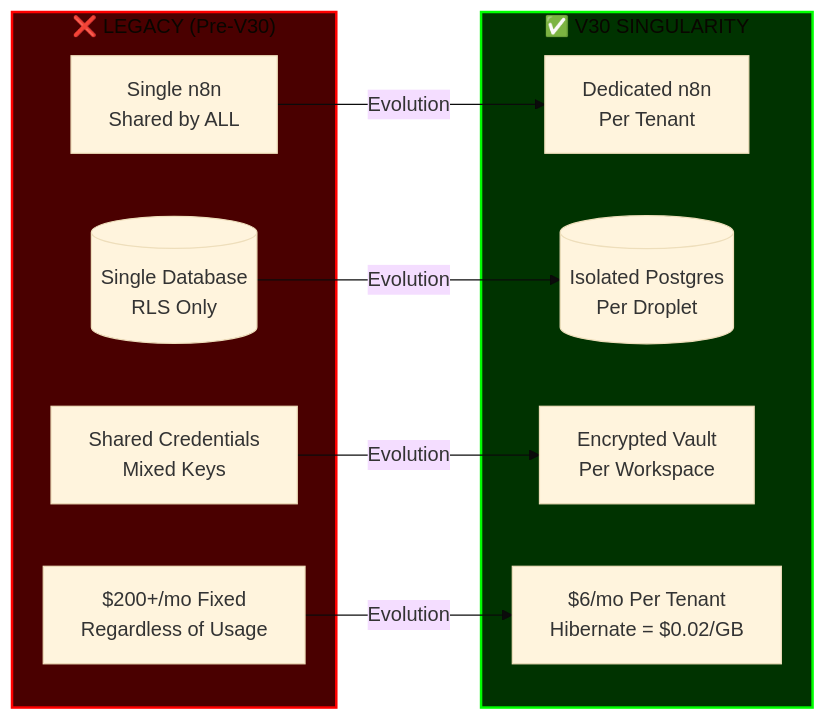
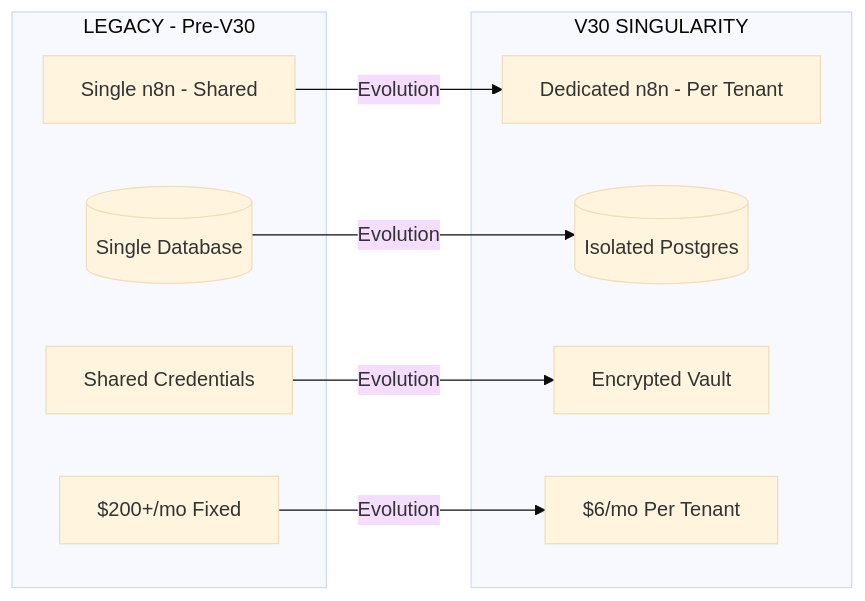
Before and after one commit to nishchith-m10/cold-email-dashboard: the third of 13 diagrams in docs/plans/Genesis_Architecture.md, drawn with Mermaid (base theme). The commit also changed other lines of this file, not shown here.

First line of the commit message:
fix: Remove emojis from Mermaid.js diagrams for compatibility

````diff
--- a/docs/plans/Genesis_Architecture.md
+++ b/docs/plans/Genesis_Architecture.md
@@ -354,24 +345,21 @@
 ```mermaid
 graph LR
-    subgraph LEGACY["❌ LEGACY (Pre-V30)"]
-        L_N8N[Single n8n<br/>Shared by ALL]
-        L_DB[(Single Database<br/>RLS Only)]
-        L_CREDS[Shared Credentials<br/>Mixed Keys]
-        L_COST[$200+/mo Fixed<br/>Regardless of Usage]
+    subgraph LEGACY["LEGACY - Pre-V30"]
+        L_N8N[Single n8n - Shared]
+        L_DB[(Single Database)]
+        L_CREDS[Shared Credentials]
+        L_COST[$200+/mo Fixed]
     end
 
-    subgraph V30["✅ V30 SINGULARITY"]
-        V_N8N[Dedicated n8n<br/>Per Tenant]
-        V_DB[(Isolated Postgres<br/>Per Droplet)]
-        V_CREDS[Encrypted Vault<br/>Per Workspace]
-        V_COST[$6/mo Per Tenant<br/>Hibernate = $0.02/GB]
+    subgraph V30["V30 SINGULARITY"]
+        V_N8N[Dedicated n8n - Per Tenant]
+        V_DB[(Isolated Postgres)]
+        V_CREDS[Encrypted Vault]
+        V_COST[$6/mo Per Tenant]
     end
 
-    L_N8N -->|"Evolution"| V_N8N
-    L_DB -->|"Evolution"| V_DB
-    L_CREDS -->|"Evolution"| V_CREDS
-    L_COST -->|"Evolution"| V_COST
-
-    style LEGACY fill:#4a0000,stroke:#ff0000,stroke-width:2px
-    style V30 fill:#003300,stroke:#00ff00,stroke-width:2px
+    L_N8N -->|Evolution| V_N8N
+    L_DB -->|Evolution| V_DB
+    L_CREDS -->|Evolution| V_CREDS
+    L_COST -->|Evolution| V_COST
 ```
````
